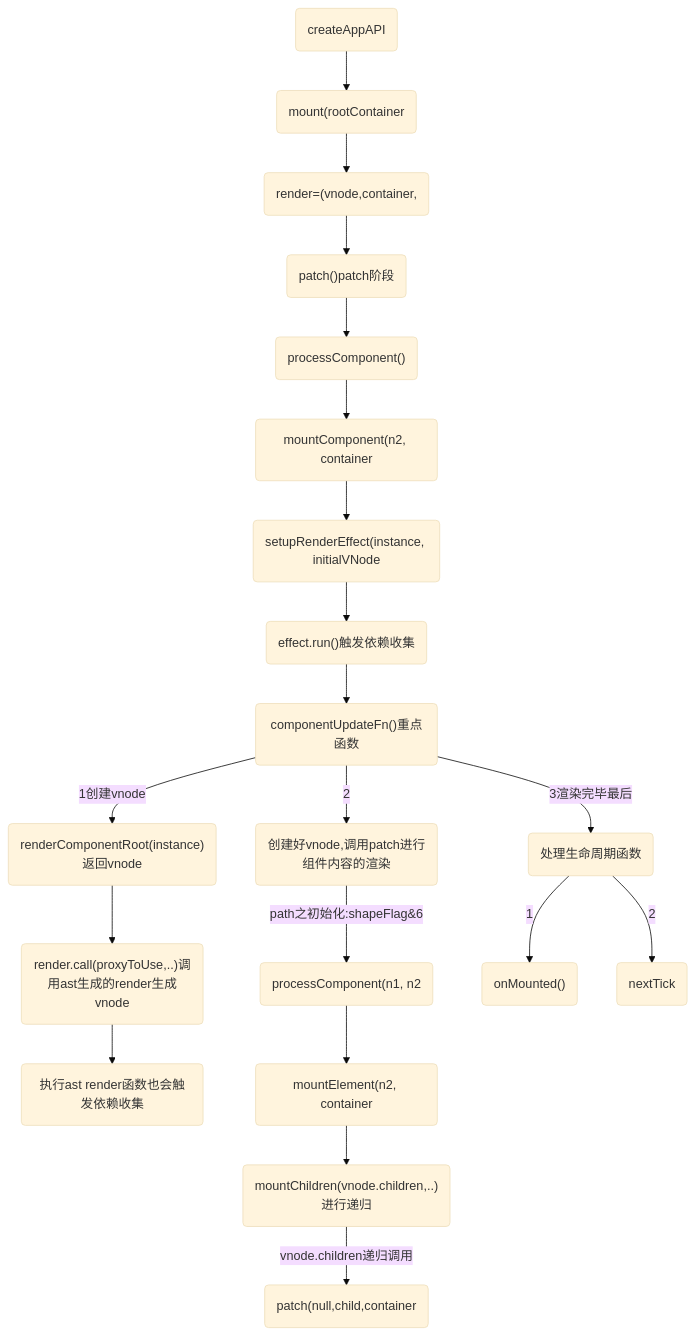
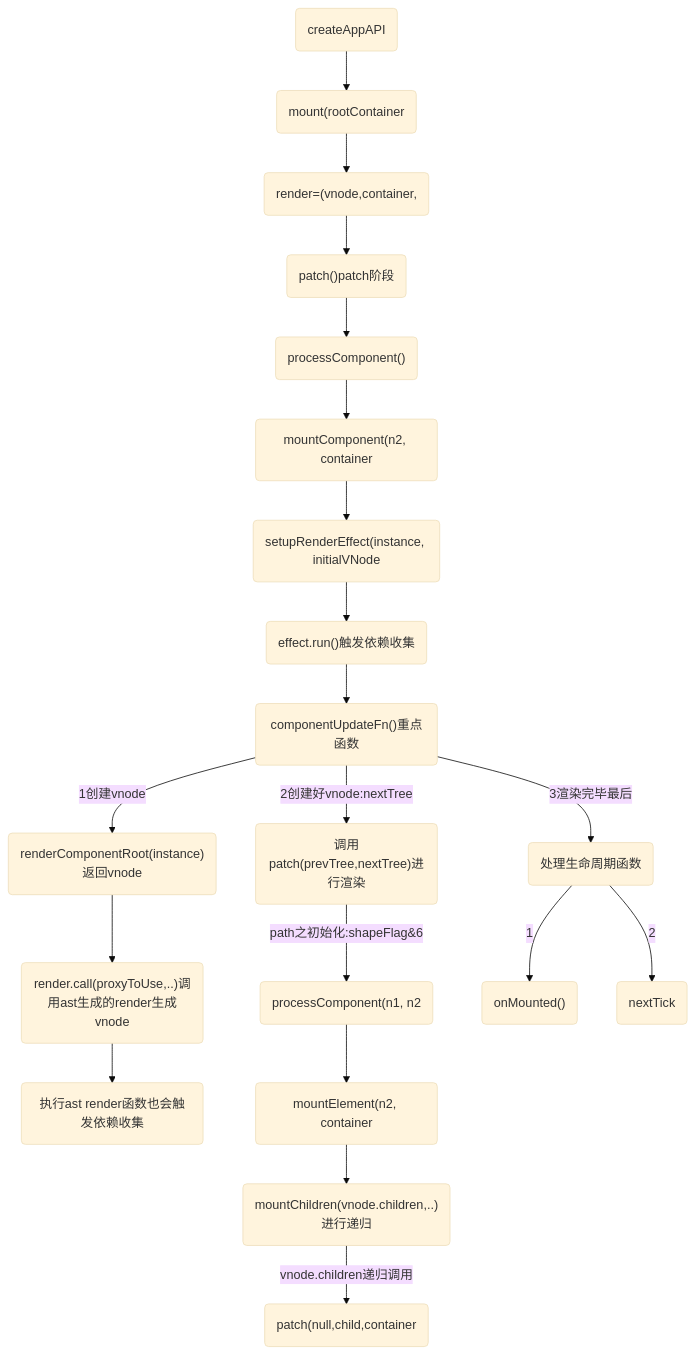
Before and after one commit to huiruo/programming-technology: the second of 7 diagrams in 01-react-vue异同.md, drawn with Mermaid (base theme). The commit also changed other lines of this file and 9 other files, not shown here.

````diff
--- a/01-react-vue异同.md
+++ b/01-react-vue异同.md
@@ -59,22 +59,22 @@
 ```mermaid
 flowchart TD
 A1("createAppAPI")-->A2("mount(rootContainer")-->A3("render=(vnode,container,")-->A4("patch()patch阶段")-->B1
 
 B1("processComponent()")-->B2("mountComponent(n2, container")-->B3("setupRenderEffect(instance, initialVNode")-->C1
 
 C1("effect.run()触发依赖收集")-->C2("componentUpdateFn()重点函数")--1创建vnode-->C3("renderComponentRoot(instance)返回vnode")-->C4
 
 C4("render.call(proxyToUse,..)调用ast生成的render生成vnode")-->C41("执行ast render函数也会触发依赖收集")
 
-C2--2-->D1("创建好vnode,调用patch进行组件内容的渲染")--path之初始化:shapeFlag&6-->D12("processComponent(n1, n2")-->D2("mountElement(n2, container")
+C2--2创建好vnode:nextTree-->D1("调用patch(prevTree,nextTree)进行渲染")--path之初始化:shapeFlag&6-->D12("processComponent(n1, n2")-->D2("mountElement(n2, container")
 
 %% mountComponent--1-->D21("createComponentInstance创建实例")
 %% mountComponent--2-->D22("setupComponent设置组件实例")
 %% mountComponent--3-->D23("setupRenderEffect,执行依赖收集")
 
 D2-->D3("mountChildren(vnode.children,..)进行递归")--vnode.children递归调用-->D5("patch(null,child,container")
 
 C2--3渲染完毕最后-->E1("处理生命周期函数")--1-->E21("onMounted()")
 
 E1--2-->E2(nextTick)
 ```
````
